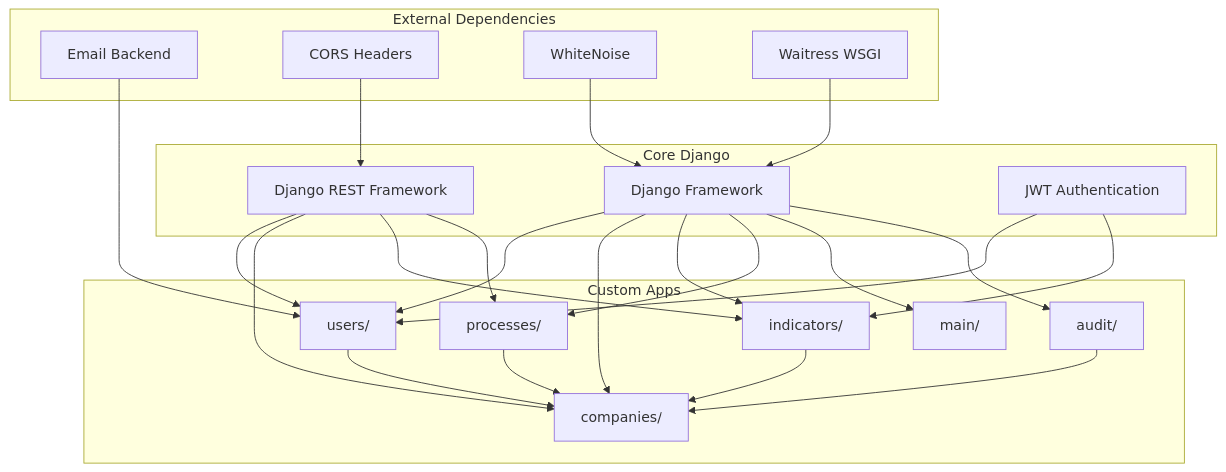
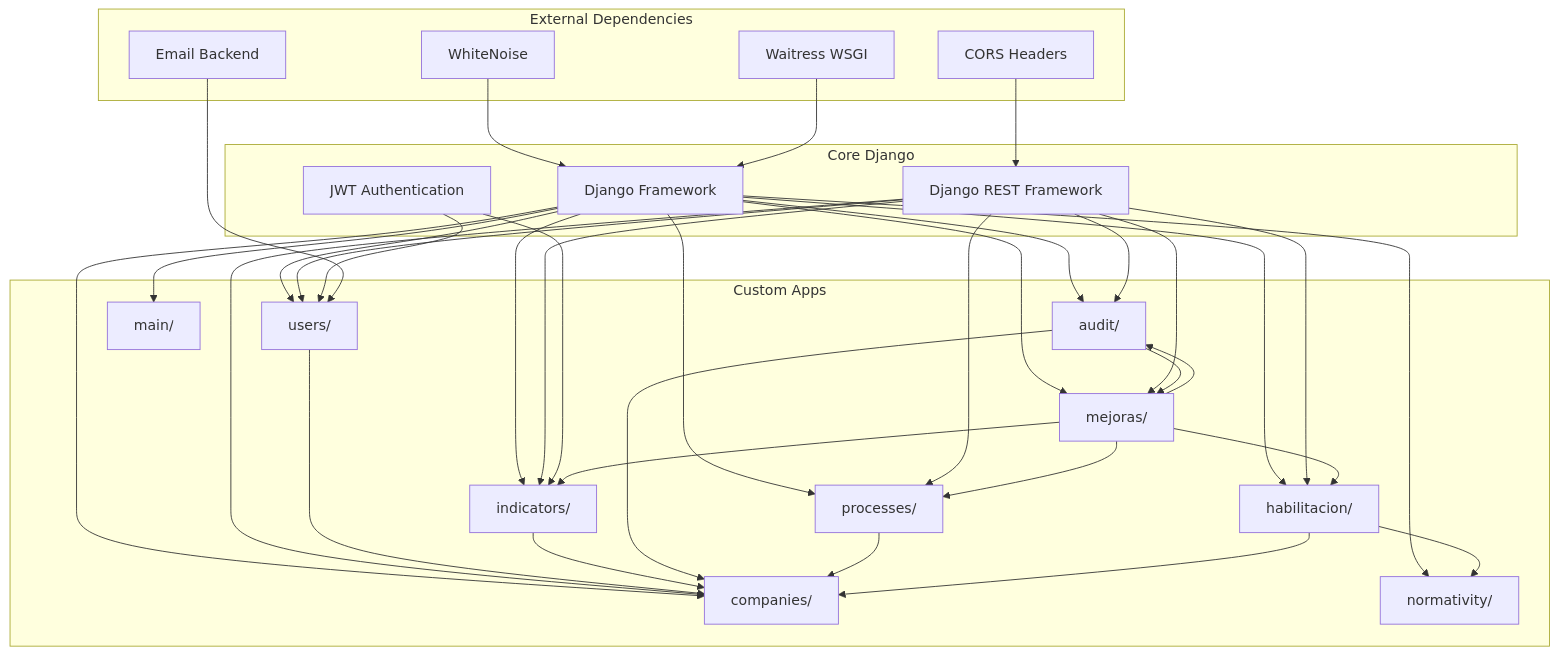
The fifth of 16 diagrams in architecture.md (Edisonnarvaez/portal_web_backend), drawn with Mermaid before and after one commit. The commit also changed other lines of this file and 38 other files, not shown here.

````diff
--- a/architecture.md
+++ b/architecture.md
@@ -287,49 +303,65 @@
 ```mermaid
 graph TD
     subgraph "Core Django"
         DJANGO[Django Framework]
         DRF[Django REST Framework]
         JWT[JWT Authentication]
     end
 
     subgraph "Custom Apps"
         USERS[users/]
         COMPANIES[companies/]
         INDICATORS[indicators/]
         PROCESSES[processes/]
         MAIN[main/]
         AUDIT[audit/]
+        MEJORAS[mejoras/]
+        NORMATIVITY[normativity/]
+        HABILITACION[habilitacion/]
     end
 
     subgraph "External Dependencies"
         EMAIL[Email Backend]
         CORS[CORS Headers]
         WHITENOISE[WhiteNoise]
         WAITRESS[Waitress WSGI]
     end
 
     DJANGO --> USERS
     DJANGO --> COMPANIES
     DJANGO --> INDICATORS
     DJANGO --> PROCESSES
     DJANGO --> MAIN
     DJANGO --> AUDIT
+    DJANGO --> MEJORAS
+    DJANGO --> NORMATIVITY
+    DJANGO --> HABILITACION
 
     DRF --> USERS
     DRF --> COMPANIES
     DRF --> INDICATORS
     DRF --> PROCESSES
+    DRF --> MEJORAS
+    DRF --> AUDIT
+    DRF --> HABILITACION
 
     JWT --> USERS
     JWT --> INDICATORS
 
     USERS --> COMPANIES
     INDICATORS --> COMPANIES
     AUDIT --> COMPANIES
     PROCESSES --> COMPANIES
+    MEJORAS --> HABILITACION
+    MEJORAS --> AUDIT
+    MEJORAS --> INDICATORS
+    MEJORAS --> PROCESSES
+    HABILITACION --> NORMATIVITY
+    HABILITACION --> COMPANIES
+    AUDIT --> MEJORAS
 
     EMAIL --> USERS
     CORS --> DRF
     WHITENOISE --> DJANGO
     WAITRESS --> DJANGO
 ```
````
